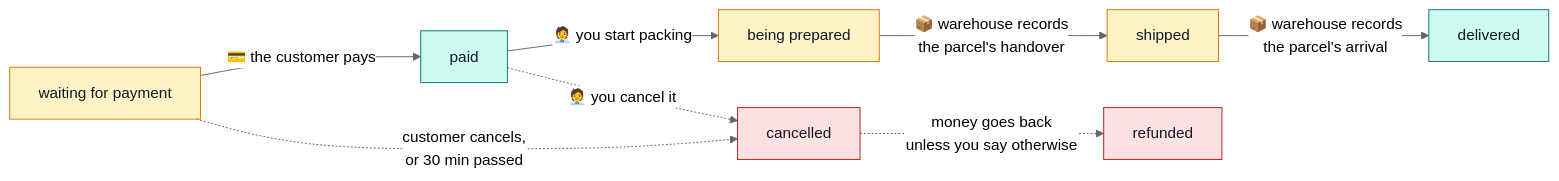
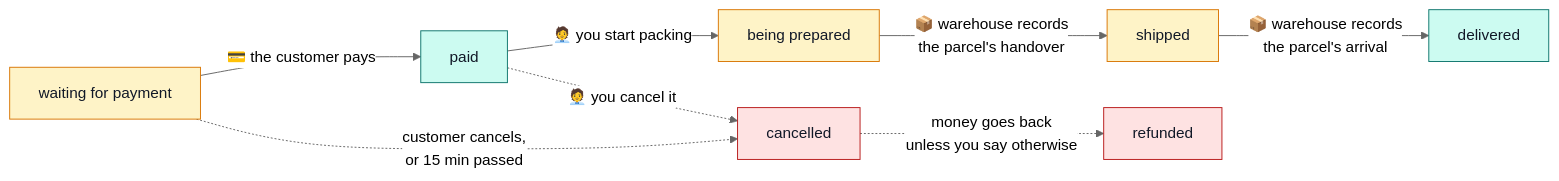
The first of 4 diagrams in docs/demo-ecommerce/manager.md (Guebbit/boilerplate-node-backend), drawn with Mermaid (neutral theme) before and after one commit. The commit also changed other lines of this file and 130 other files, not shown here.

````diff
--- a/docs/demo-ecommerce/manager.md
+++ b/docs/demo-ecommerce/manager.md
@@ -15,18 +15,18 @@
 ```mermaid
 %%{init: {'flowchart': {'nodeSpacing': 30, 'rankSpacing': 55}}}%%
 flowchart LR
     P["waiting for payment"] -->|"💳 the customer pays"| PA["paid"]
     PA -->|"🧑‍💼 you start packing"| PR["being prepared"]
     PR -->|"📦 warehouse records<br/>the parcel's handover"| SH["shipped"]
     SH -->|"📦 warehouse records<br/>the parcel's arrival"| DE["delivered"]
-    P -.->|"customer cancels,<br/>or 30 min passed"| CA["cancelled"]
+    P -.->|"customer cancels,<br/>or 15 min passed"| CA["cancelled"]
     PA -.->|"🧑‍💼 you cancel it"| CA
     CA -.->|"money goes back<br/>unless you say otherwise"| RF["refunded"]
 
     classDef open fill:#fef3c7,stroke:#d97706,color:#111827;
     classDef done fill:#ccfbf1,stroke:#0f766e,color:#111827;
     classDef bad fill:#fee2e2,stroke:#b91c1c,color:#111827;
     class P,PR,SH open;
     class PA,DE done;
     class CA,RF bad;
 ```
````
